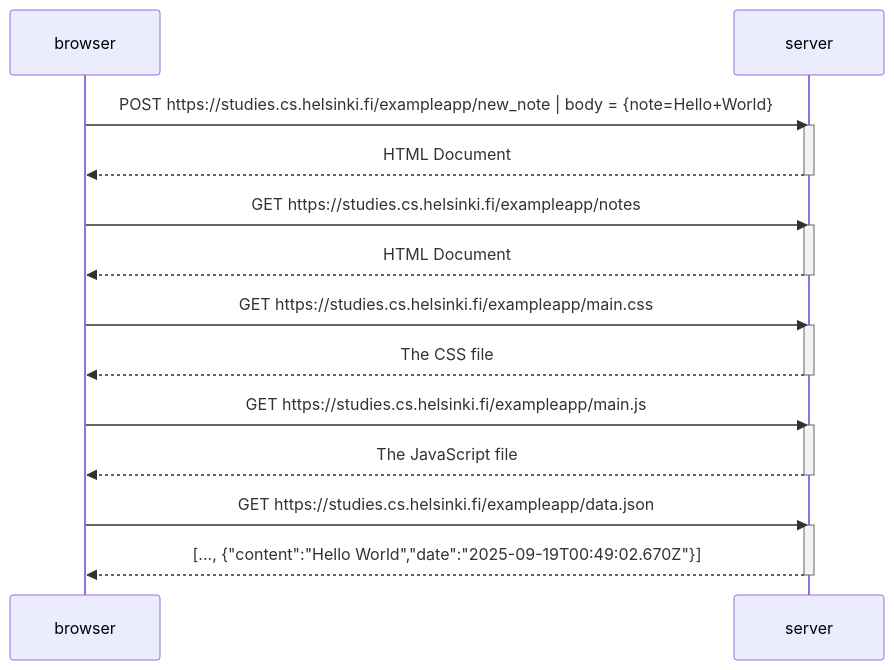
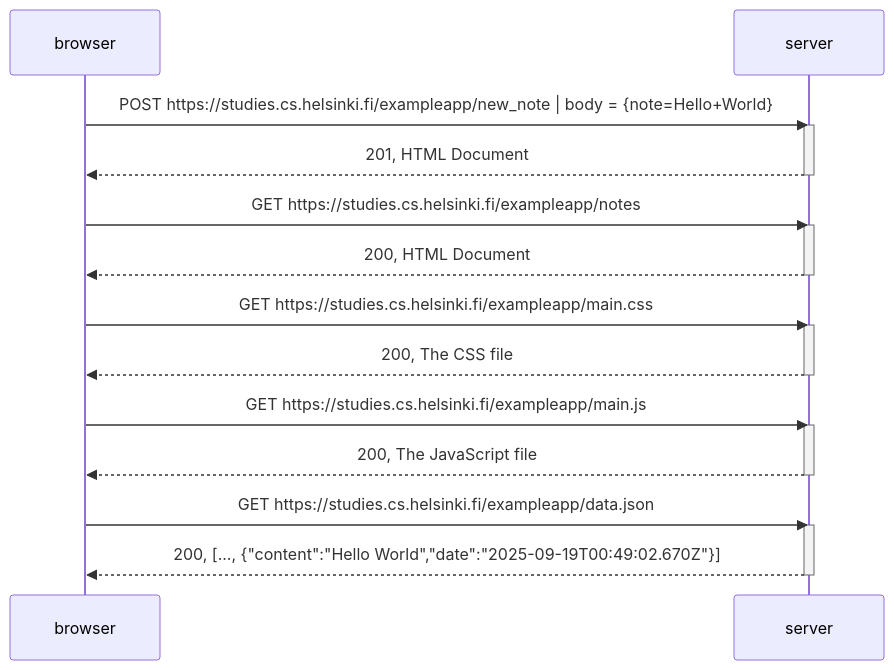
The diagram in part0/04-postSequenceDiagram.mmd (ValenButtignol/fullstack-course), drawn with Mermaid before and after one commit.

Commit message:
Add code responses Exercise 0.4

```diff
--- a/part0/04-postSequenceDiagram.mmd
+++ b/part0/04-postSequenceDiagram.mmd
@@ -1,28 +1,28 @@
 sequenceDiagram
     participant browser
     participant server
     
     browser->>server: POST https://studies.cs.helsinki.fi/exampleapp/new_note | body = {note=Hello+World}
     activate server
-    server-->>browser: HTML Document
+    server-->>browser: 201, HTML Document
     deactivate server
 
     browser->>server: GET https://studies.cs.helsinki.fi/exampleapp/notes
     activate server
-    server-->>browser: HTML Document
+    server-->>browser: 200, HTML Document
     deactivate server
     
     browser->>server: GET https://studies.cs.helsinki.fi/exampleapp/main.css
     activate server
-    server-->>browser: The CSS file
+    server-->>browser: 200, The CSS file
     deactivate server
 
     browser->>server: GET https://studies.cs.helsinki.fi/exampleapp/main.js
     activate server
-    server-->>browser: The JavaScript file
+    server-->>browser: 200, The JavaScript file
     deactivate server
 
     browser->>server: GET https://studies.cs.helsinki.fi/exampleapp/data.json
     activate server
-    server-->>browser: [..., {"content":"Hello World","date":"2025-09-19T00:49:02.670Z"}]
+    server-->>browser: 200, [..., {"content":"Hello World","date":"2025-09-19T00:49:02.670Z"}]
     deactivate server
```
